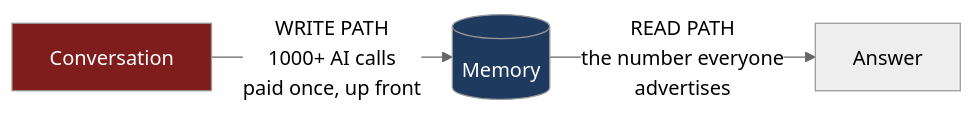
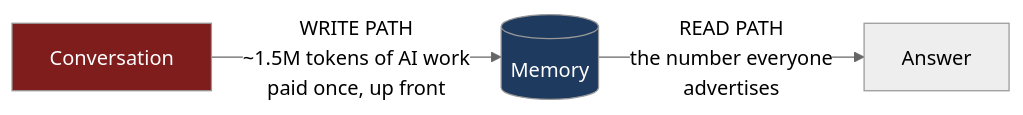
The diagram in README.md (i-shantt/llm-mem-eval), drawn with Mermaid (neutral theme) before and after one commit. The commit also changed other lines of this file and 1 other file, not shown here.

````diff
--- a/README.md
+++ b/README.md
@@ -31,7 +31,7 @@
 ```mermaid
 flowchart LR
-    A[Conversation] -->|"WRITE PATH<br/>1000+ AI calls<br/>paid once, up front"| B[(Memory)]
+    A[Conversation] -->|"WRITE PATH<br/>~1.5M tokens of AI work<br/>paid once, up front"| B[(Memory)]
     B -->|"READ PATH<br/>the number everyone<br/>advertises"| C[Answer]
     style A fill:#7f1d1d,color:#fff
     style B fill:#1e3a5f,color:#fff
 ```
````
